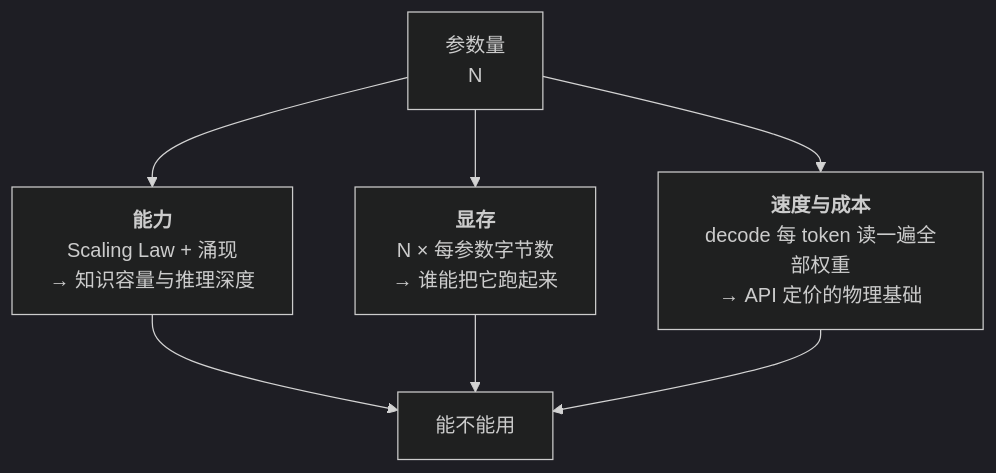
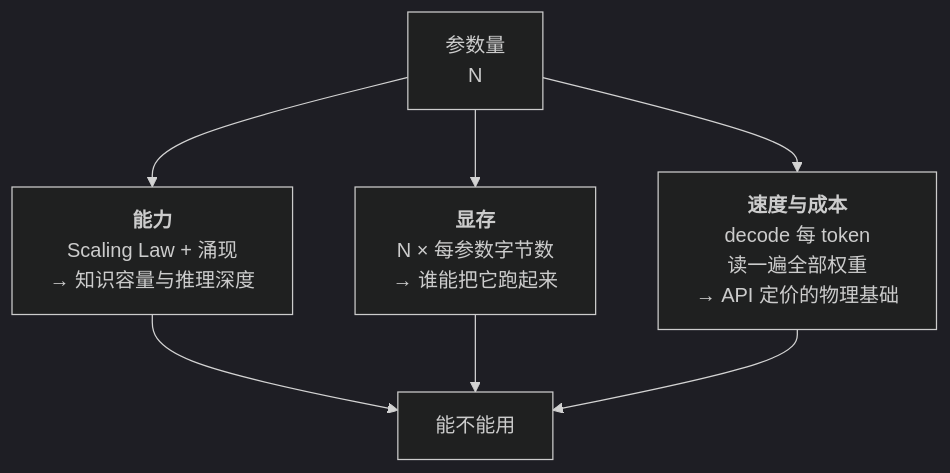
Before and after one commit to geekchow/technical-knowledge: the first of 2 diagrams in ai/llm-fundamentals/09-param-scale.zh.md, drawn with Mermaid (dark theme). The commit also changed other lines of this file and 9 other files, not shown here.

Commit message:
fix mermaid label store issue.

````diff
--- a/ai/llm-fundamentals/09-param-scale.zh.md
+++ b/ai/llm-fundamentals/09-param-scale.zh.md
@@ -36,9 +36,9 @@
 ```mermaid
 flowchart TB
     N["参数量<br/>N"] --> A["<b>能力</b><br/>Scaling Law + 涌现<br/>→ 知识容量与推理深度"]
     N --> B["<b>显存</b><br/>N × 每参数字节数<br/>→ 谁能把它跑起来"]
-    N --> C["<b>速度与成本</b><br/>decode 每 token 读一遍全部权重<br/>→ API 定价的物理基础"]
+    N --> C["<b>速度与成本</b><br/>decode 每 token<br/>读一遍全部权重<br/>→ API 定价的物理基础"]
     A --> D["能不能用"]
     B --> D
     C --> D
 ```
````
